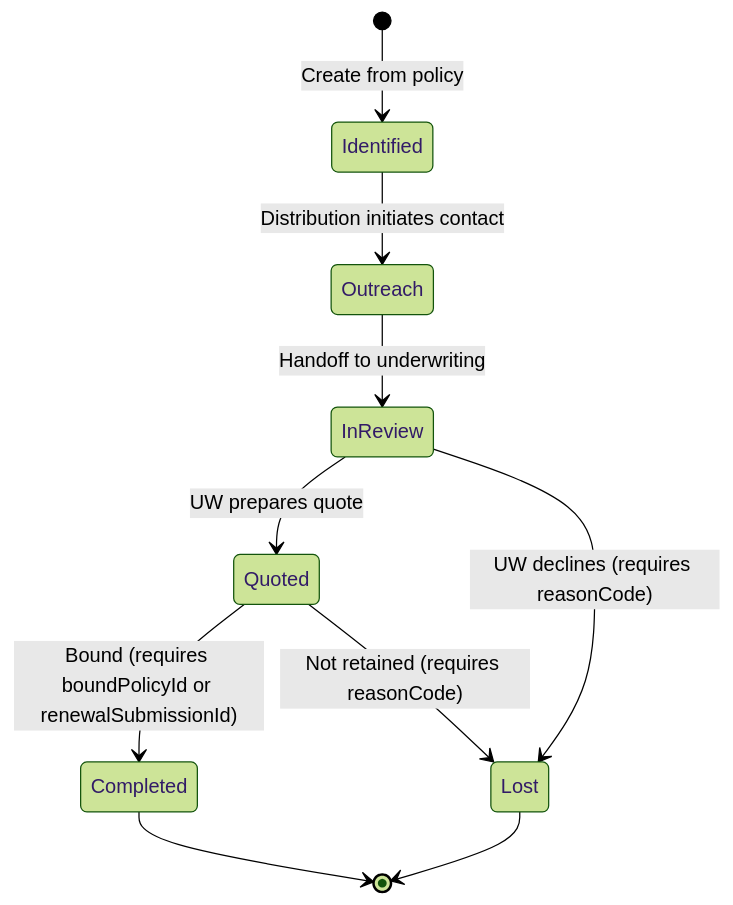
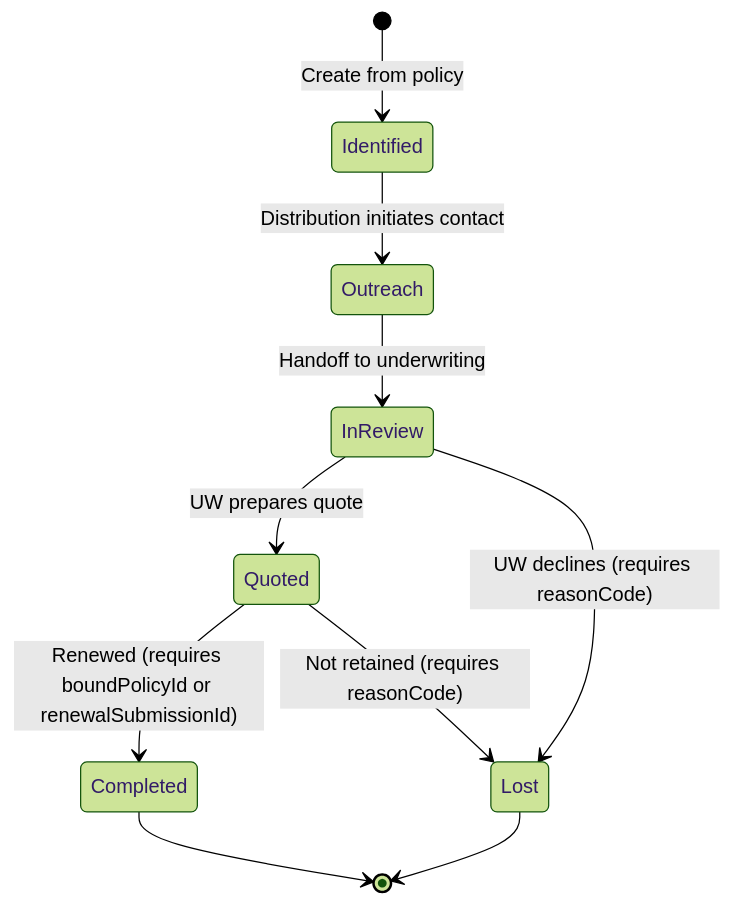
The second of 2 diagrams in planning-mds/features/F0007-renewal-pipeline/README.md (gajakannan/nebula-crm), drawn with Mermaid (forest theme) before and after one commit. The commit also changed 81 other files, not shown here.

````diff
--- a/planning-mds/features/F0007-renewal-pipeline/README.md
+++ b/planning-mds/features/F0007-renewal-pipeline/README.md
@@ -134,12 +134,12 @@
 ```mermaid
 stateDiagram-v2
     [*] --> Identified : Create from policy
     Identified --> Outreach : Distribution initiates contact
     Outreach --> InReview : Handoff to underwriting
     InReview --> Quoted : UW prepares quote
     InReview --> Lost : UW declines (requires reasonCode)
-    Quoted --> Completed : Bound (requires boundPolicyId or renewalSubmissionId)
+    Quoted --> Completed : Renewed (requires boundPolicyId or renewalSubmissionId)
     Quoted --> Lost : Not retained (requires reasonCode)
     Completed --> [*]
     Lost --> [*]
 ```
````
